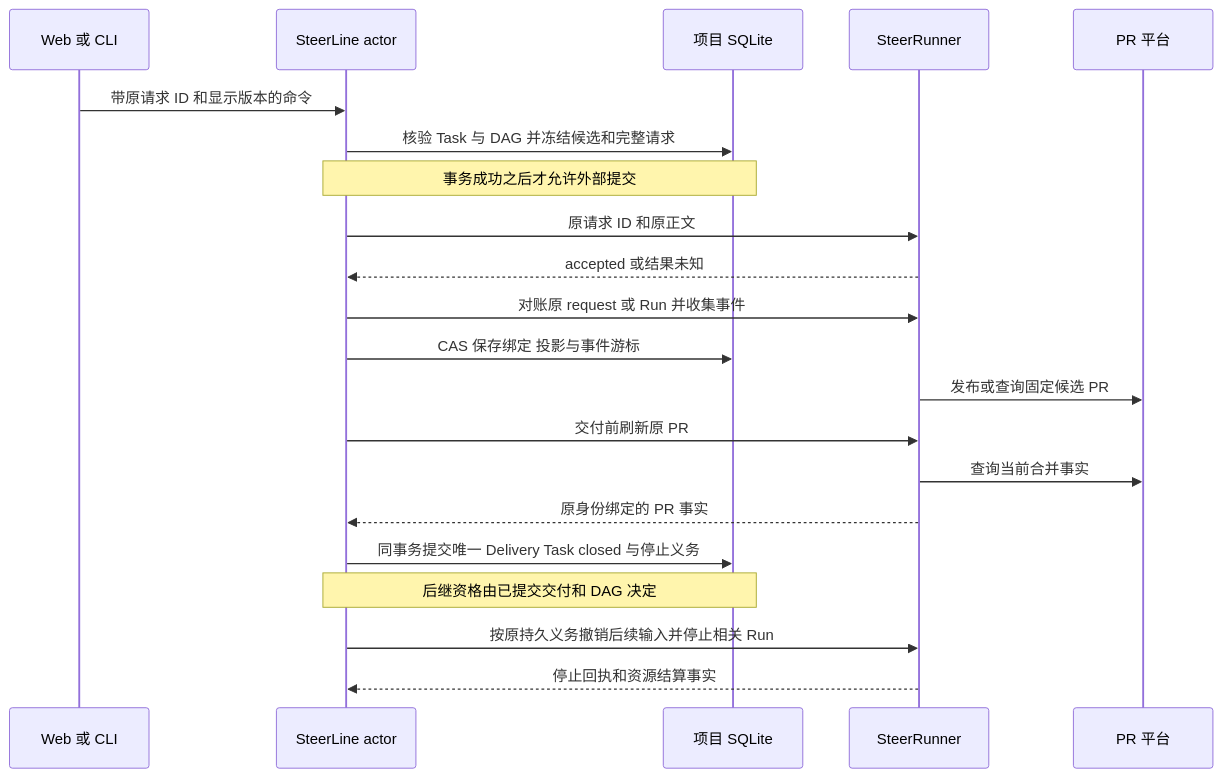
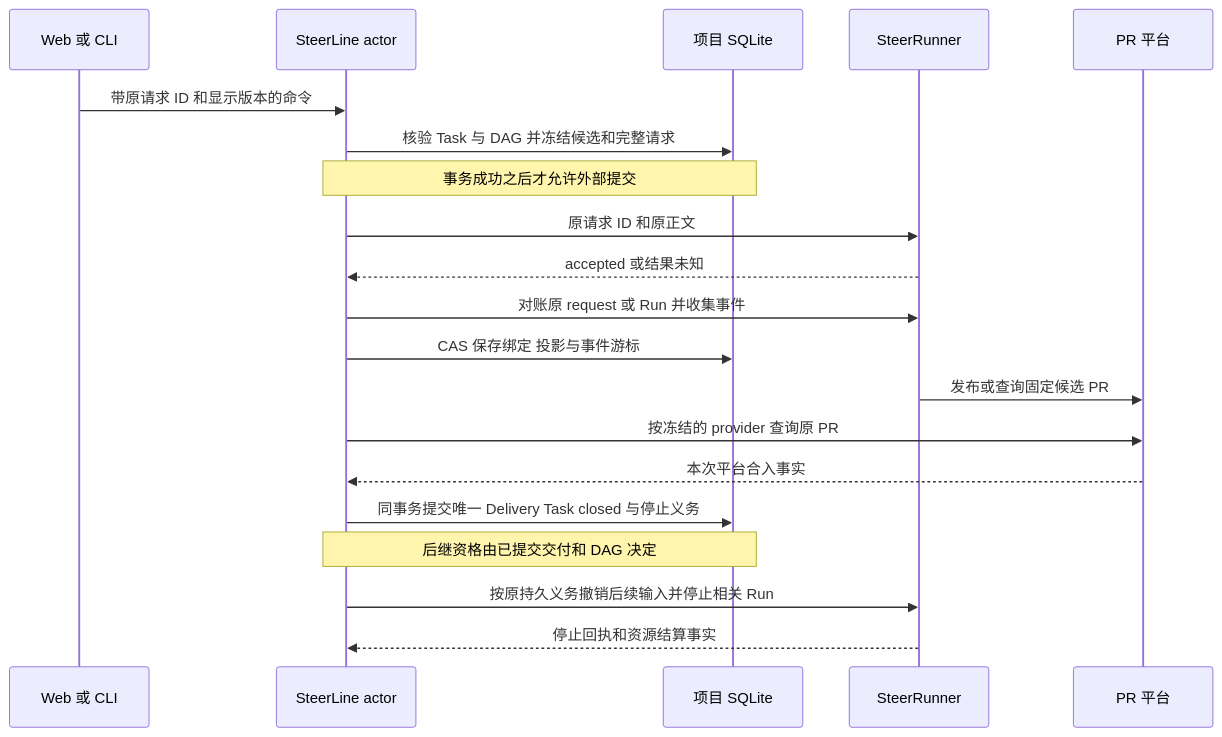
One commit to erranliu/SteerLine changed the first of 2 diagrams in docs/architecture/reliable-delivery-chain.md. Above: the diagram before and after it, drawn with Mermaid. The commit also changed other lines of this file and 23 other files, not shown here.

````diff
--- a/docs/architecture/reliable-delivery-chain.md
+++ b/docs/architecture/reliable-delivery-chain.md
@@ -25,23 +25,22 @@
 ```mermaid
 sequenceDiagram
     participant U as Web 或 CLI
     participant S as SteerLine actor
     participant D as 项目 SQLite
     participant R as SteerRunner
     participant P as PR 平台
     U->>S: 带原请求 ID 和显示版本的命令
     S->>D: 核验 Task 与 DAG 并冻结候选和完整请求
     Note over S,D: 事务成功之后才允许外部提交
     S->>R: 原请求 ID 和原正文
     R-->>S: accepted 或结果未知
     S->>R: 对账原 request 或 Run 并收集事件
     S->>D: CAS 保存绑定 投影与事件游标
     R->>P: 发布或查询固定候选 PR
-    S->>R: 交付前刷新原 PR
-    R->>P: 查询当前合并事实
-    R-->>S: 原身份绑定的 PR 事实
+    S->>P: 按冻结的 provider 查询原 PR
+    P-->>S: 本次平台合入事实
     S->>D: 同事务提交唯一 Delivery Task closed 与停止义务
     Note over S,D: 后继资格由已提交交付和 DAG 决定
     S->>R: 按原持久义务撤销后续输入并停止相关 Run
     R-->>S: 停止回执和资源结算事实
 ```
````
